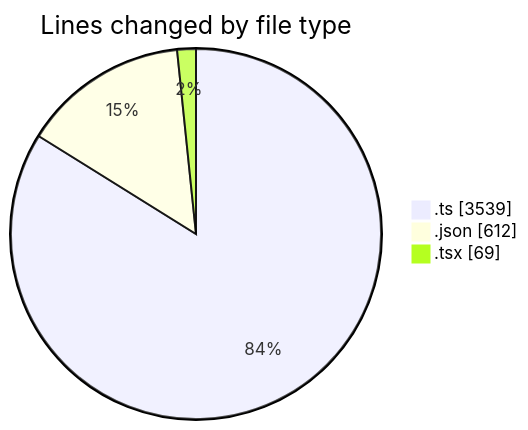
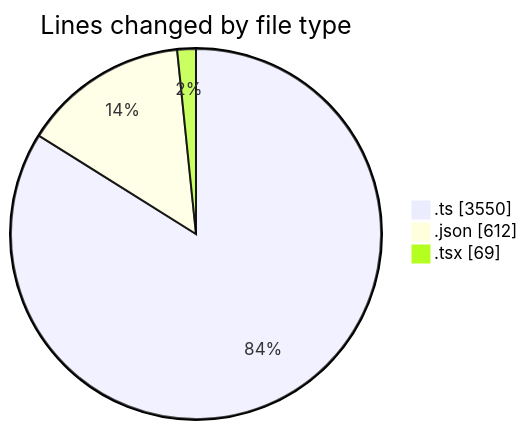
Before and after one commit to momahboobian/code-tracking: the first of 2 diagrams in 2025-10-22/cda/README.md, drawn with Mermaid. The commit also changed other lines of this file and 1 other file, not shown here.

````diff
--- a/2025-10-22/cda/README.md
+++ b/2025-10-22/cda/README.md
@@ -29,7 +29,7 @@
 ```mermaid
 pie showData
 title Lines changed by file type
-".ts" : 3539
+".ts" : 3550
 ".json" : 612
 ".tsx" : 69
 ```
````
